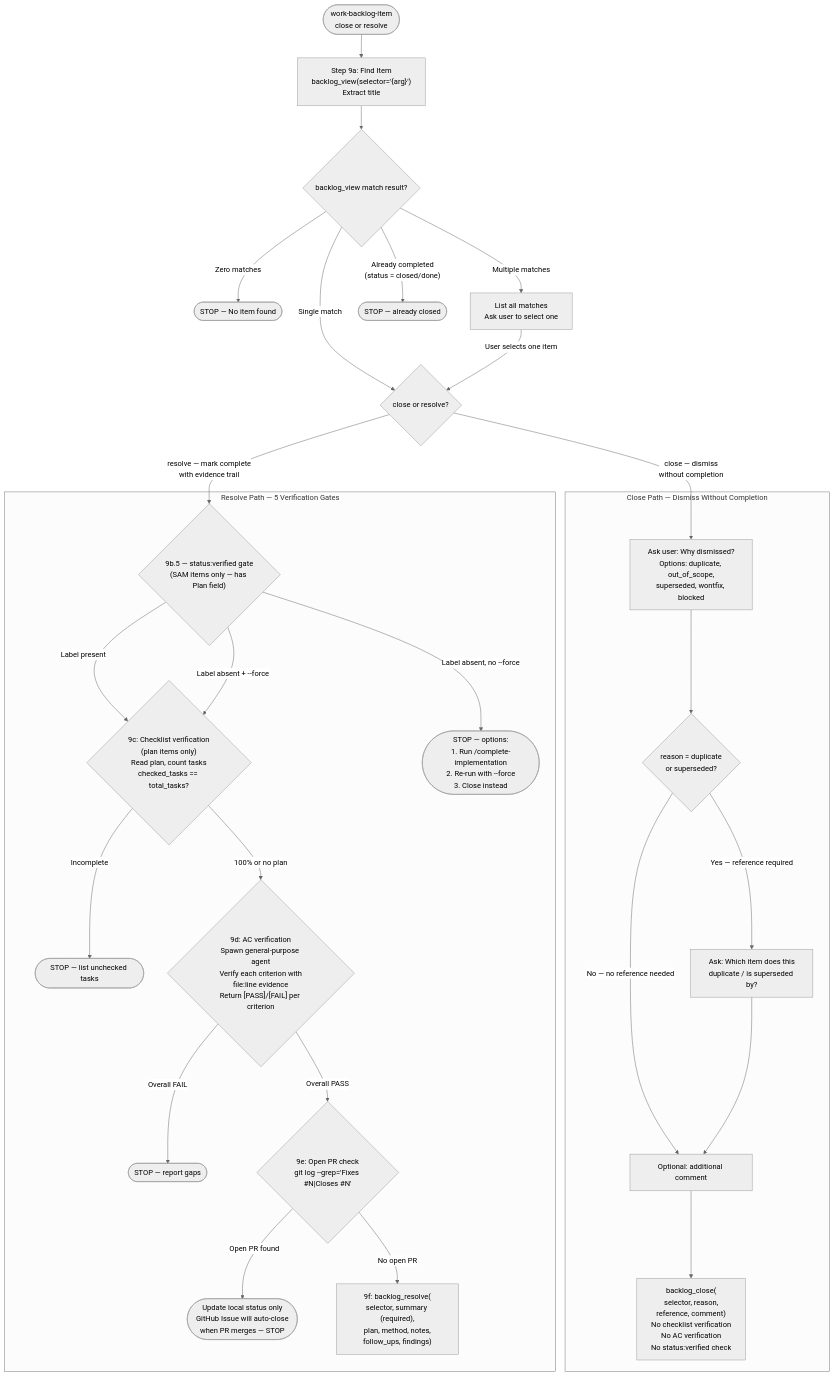
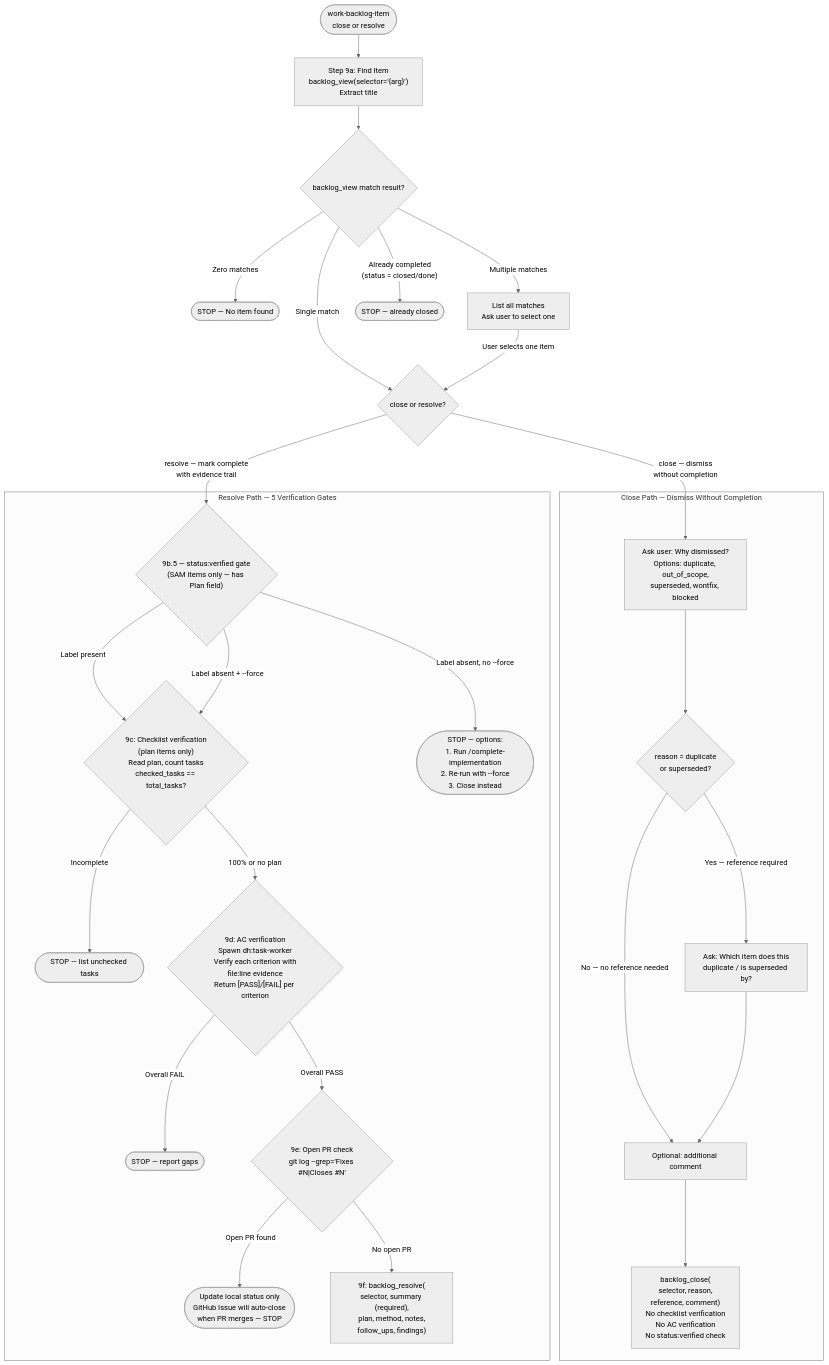
One commit to chgreer1070/claude_skills changed the eighth of 8 diagrams in plugins/development-harness/docs/backlog-item-lifecycle.md. Above: the diagram before and after it, drawn with Mermaid (neutral theme). The commit also changed other lines of this file and 10 other files, not shown here.

````diff
--- a/plugins/development-harness/docs/backlog-item-lifecycle.md
+++ b/plugins/development-harness/docs/backlog-item-lifecycle.md
@@ -677,43 +677,43 @@
 ```mermaid
 flowchart TD
     P7_START(["work-backlog-item<br>close or resolve"]) --> P7_FIND["Step 9a: Find Item<br>backlog_view(selector='{arg}')<br>Extract title"]
     P7_FIND --> P7_FIND_RESULT{"backlog_view match result?"}
     P7_FIND_RESULT -->|"Zero matches"| P7_STOP_NOTFOUND(["STOP — No item found"])
     P7_FIND_RESULT -->|"Multiple matches"| P7_PICK["List all matches<br>Ask user to select one"]
     P7_FIND_RESULT -->|"Already completed<br>(status = closed/done)"| P7_STOP_CLOSED(["STOP — already closed"])
     P7_FIND_RESULT -->|"Single match"| P7_ROUTE{close or resolve?}
     P7_PICK -->|"User selects one item"| P7_ROUTE
 
     P7_ROUTE -->|"close — dismiss<br>without completion"| P7_CLOSE_REASON
     P7_ROUTE -->|"resolve — mark complete<br>with evidence trail"| P7_VERIFIED_GATE
 
     subgraph P7_CLOSE [Close Path — Dismiss Without Completion]
         P7_CLOSE_REASON["Ask user: Why dismissed?<br>Options: duplicate, out_of_scope,<br>superseded, wontfix, blocked"]
         P7_CLOSE_REASON --> P7_CLOSE_REF{"reason = duplicate<br>or superseded?"}
         P7_CLOSE_REF -->|"Yes — reference required"| P7_CLOSE_ASK_REF["Ask: Which item does this<br>duplicate / is superseded by?"]
         P7_CLOSE_REF -->|"No — no reference needed"| P7_CLOSE_COMMENT
         P7_CLOSE_ASK_REF --> P7_CLOSE_COMMENT["Optional: additional comment"]
         P7_CLOSE_COMMENT --> P7_CLOSE_CALL["backlog_close(<br>selector, reason,<br>reference, comment)<br>No checklist verification<br>No AC verification<br>No status:verified check"]
     end
 
     subgraph P7_RESOLVE [Resolve Path — 5 Verification Gates]
         P7_VERIFIED_GATE{"9b.5 — status:verified gate<br>(SAM items only — has Plan field)"}
         P7_VERIFIED_GATE -->|"Label present"| P7_CHECKLIST_GATE
         P7_VERIFIED_GATE -->|"Label absent + --force"| P7_CHECKLIST_GATE
         P7_VERIFIED_GATE -->|"Label absent, no --force"| P7_STOP_UNVERIFIED(["STOP — options:<br>1. Run /complete-implementation<br>2. Re-run with --force<br>3. Close instead"])
 
         P7_CHECKLIST_GATE{"9c: Checklist verification<br>(plan items only)<br>Read plan, count tasks<br>checked_tasks == total_tasks?"}
         P7_CHECKLIST_GATE -->|"Incomplete"| P7_STOP_UNCHECKED(["STOP — list unchecked tasks"])
         P7_CHECKLIST_GATE -->|"100% or no plan"| P7_AC_GATE
 
-        P7_AC_GATE{"9d: AC verification<br>Spawn general-purpose agent<br>Verify each criterion with<br>file:line evidence<br>Return [PASS]/[FAIL] per criterion"}
+        P7_AC_GATE{"9d: AC verification<br>Spawn dh:task-worker<br>Verify each criterion with<br>file:line evidence<br>Return [PASS]/[FAIL] per criterion"}
         P7_AC_GATE -->|"Overall FAIL"| P7_STOP_AC_FAIL(["STOP — report gaps"])
         P7_AC_GATE -->|"Overall PASS"| P7_PR_CHECK
 
         P7_PR_CHECK{"9e: Open PR check<br>git log --grep='Fixes #N|Closes #N'"}
         P7_PR_CHECK -->|"Open PR found"| P7_STOP_PR_WAIT(["Update local status only<br>GitHub Issue will auto-close<br>when PR merges — STOP"])
         P7_PR_CHECK -->|"No open PR"| P7_RESOLVE_CALL
 
         P7_RESOLVE_CALL["9f: backlog_resolve(<br>selector, summary (required),<br>plan, method, notes,<br>follow_ups, findings)"]
     end
 ```
````
